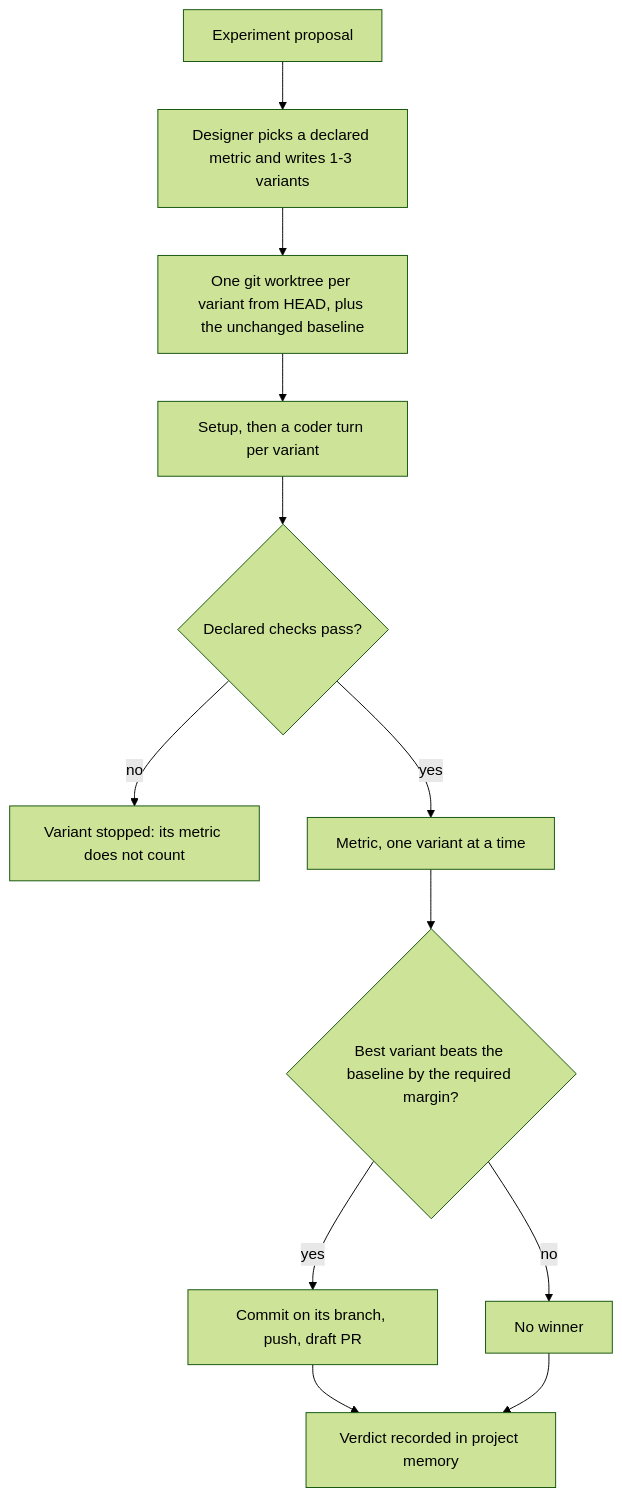
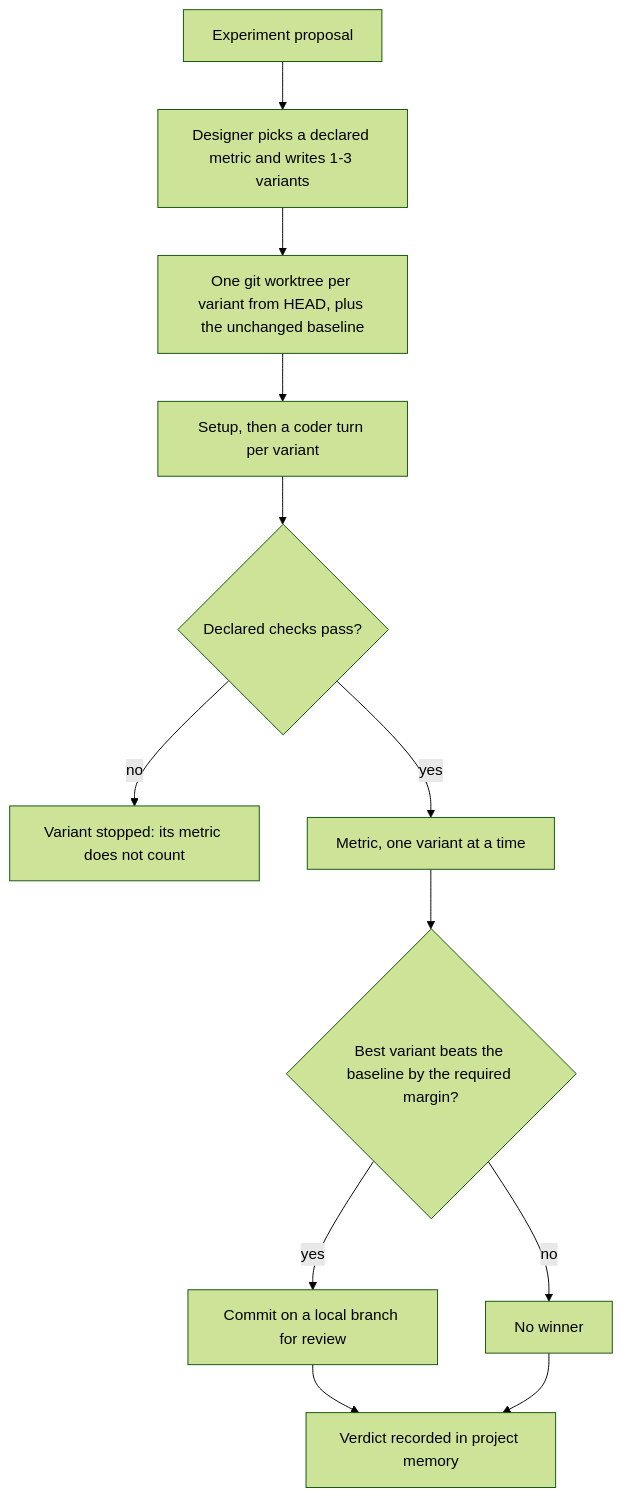
One commit to Shingi-Michael/demesne-cli changed the second of 3 diagrams in docs/agent-drive.md. Above: the diagram before and after it, drawn with Mermaid (forest theme). The commit also changed other lines of this file and 7 other files, not shown here.

First line of the commit message:
Keep experiments local: never push or open pull requests

````diff
--- a/docs/agent-drive.md
+++ b/docs/agent-drive.md
@@ -68,14 +68,14 @@
 ```mermaid
 flowchart TD
     Proposal[Experiment proposal] --> Design[Designer picks a declared metric and writes 1-3 variants]
     Design --> Worktrees[One git worktree per variant from HEAD, plus the unchanged baseline]
     Worktrees --> Build[Setup, then a coder turn per variant]
     Build --> Checks{Declared checks pass?}
     Checks -->|no| Stopped[Variant stopped: its metric does not count]
     Checks -->|yes| Measure[Metric, one variant at a time]
     Measure --> Verdict{Best variant beats the baseline by the required margin?}
-    Verdict -->|yes| Winner[Commit on its branch, push, draft PR]
+    Verdict -->|yes| Winner[Commit on a local branch for review]
     Verdict -->|no| NoWinner[No winner]
     Winner --> Memory[Verdict recorded in project memory]
     NoWinner --> Memory
 ```
````
